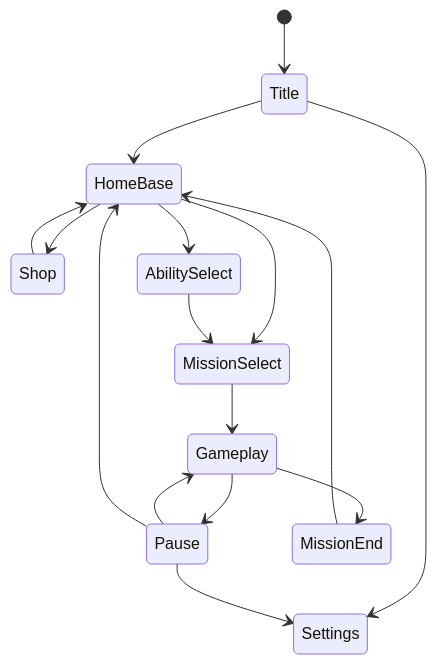
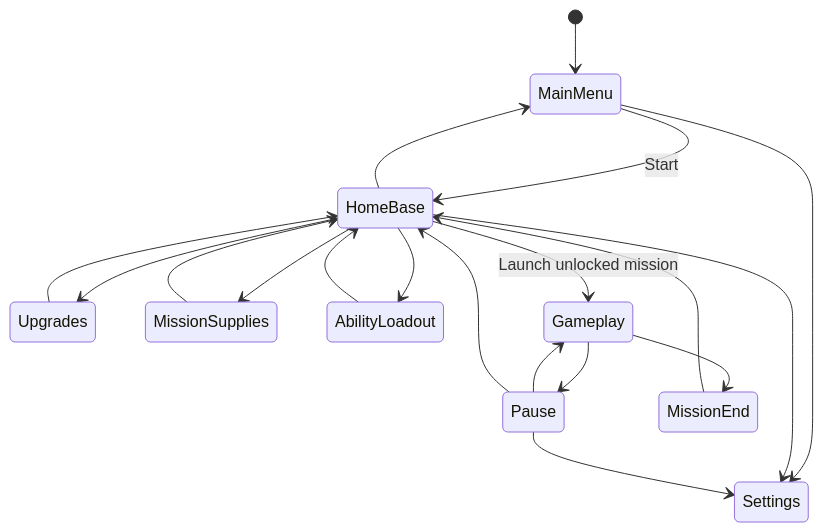
Before and after one commit to romartdanganan/dead-keys: the second of 2 diagrams in GDD.md, drawn with Mermaid. The commit also changed other lines of this file and 11 other files, not shown here.

Commit message:
Create main menu and Home Base interface (#6)

`````diff
--- a/GDD.md
+++ b/GDD.md
@@ -233,18 +234,21 @@
 ````mermaid
 stateDiagram-v2
-    [*] --> Title
-    Title --> HomeBase
-    Title --> Settings
-    HomeBase --> Shop
-    HomeBase --> AbilitySelect
-    HomeBase --> MissionSelect
-    Shop --> HomeBase
-    AbilitySelect --> MissionSelect
-    MissionSelect --> Gameplay
+    [*] --> MainMenu
+    MainMenu --> HomeBase: Start
+    MainMenu --> Settings
+    HomeBase --> MainMenu
+    HomeBase --> Settings
+    HomeBase --> Upgrades
+    HomeBase --> MissionSupplies
+    HomeBase --> AbilityLoadout
+    HomeBase --> Gameplay: Launch unlocked mission
+    Upgrades --> HomeBase
+    MissionSupplies --> HomeBase
+    AbilityLoadout --> HomeBase
     Gameplay --> Pause
     Pause --> Gameplay
     Pause --> Settings
     Pause --> HomeBase
     Gameplay --> MissionEnd
     MissionEnd --> HomeBase
 ````
`````
